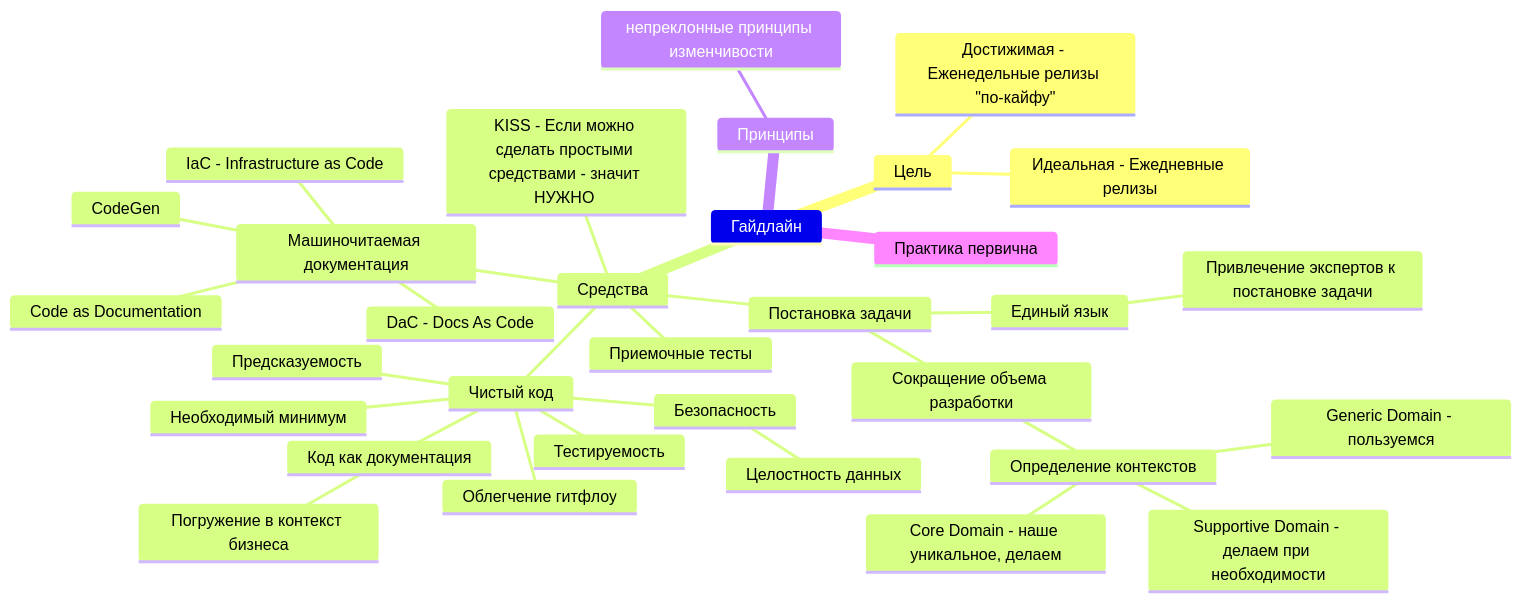
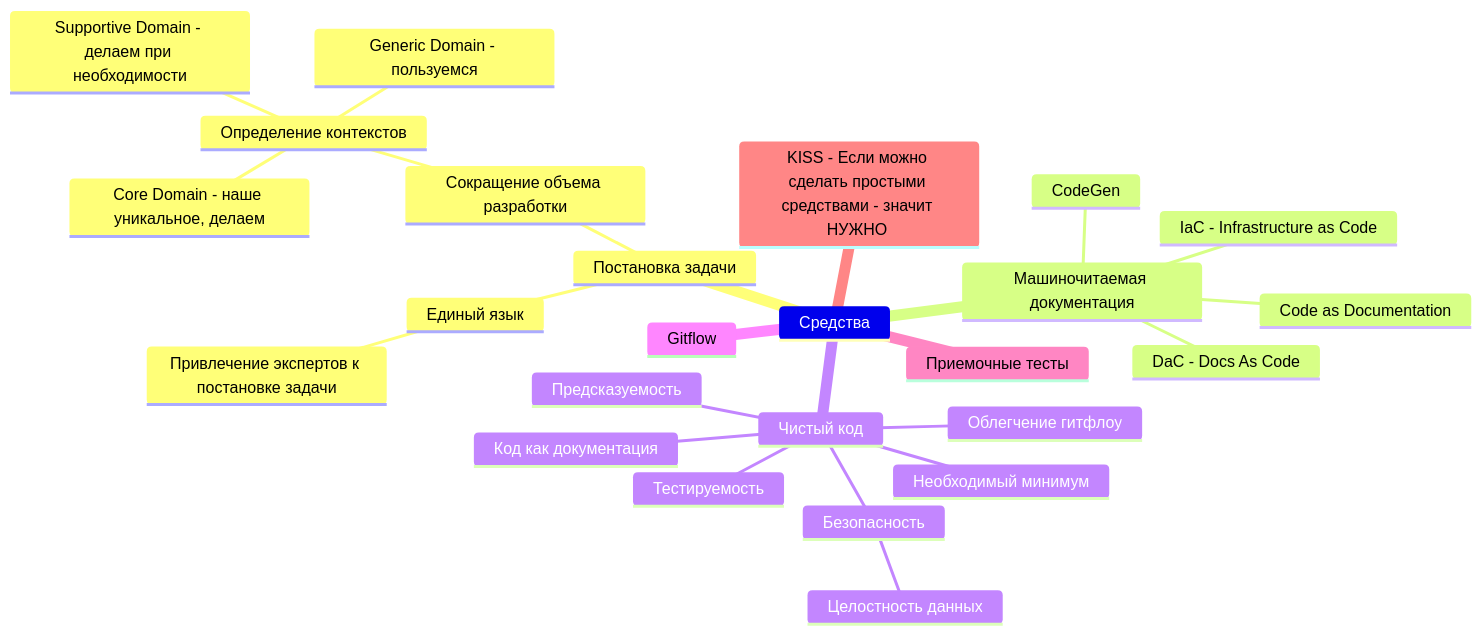
Before and after one commit to lisichkinuriy/guideline: the second of 3 diagrams in 01.mindmap.md, drawn with Mermaid. The commit also changed other lines of this file and 28 other files, not shown here.

````diff
--- a/01.mindmap.md
+++ b/01.mindmap.md
@@ -1,42 +13,34 @@
 ```mermaid
 mindmap
-    Гайдлайн
-        Цель
-            Идеальная - Ежедневные релизы
-            Достижимая - Еженедельные релизы "по-кайфу"
-        Средства
-            Постановка задачи
-                Единый язык
-                    Привлечение экспертов к постановке задачи
-                Сокращение объема разработки
-                    Определение контекстов
-                        Core Domain - наше уникальное, делаем
-                        Supportive Domain - делаем при необходимости
-                        Generic Domain - пользуемся
+Средства
+    Постановка задачи
+        Единый язык
+            Привлечение экспертов к постановке задачи
+        Сокращение объема разработки
+            Определение контекстов
+                Core Domain - наше уникальное, делаем
+                Supportive Domain - делаем при необходимости
+                Generic Domain - пользуемся
+    
+    Машиночитаемая документация
+        DaC - Docs As Code
+        CodeGen
+        Code as Documentation
+        IaC - Infrastructure as Code
             
-            Машиночитаемая документация
-                DaC - Docs As Code
-                CodeGen
-                Code as Documentation
-                IaC - Infrastructure as Code
-                    
-            Чистый код
-                Тестируемость
-                Предсказуемость
-                Код как документация
-                    Погружение в контекст бизнеса
-                Необходимый минимум
-                
-                Безопасность
-                    Целостность данных
-                Облегчение гитфлоу
-                    
-            Приемочные тесты
-            KISS - Если можно сделать простыми средствами - значит НУЖНО 
+    Чистый код
+        Тестируемость
+        Предсказуемость
+        Код как документация
+        Необходимый минимум
+        Безопасность
+            Целостность данных
+        Облегчение гитфлоу
+    
+    Gitflow
+    
+    Приемочные тесты
+    KISS - Если можно сделать простыми средствами - значит НУЖНО 
 
-        Принципы
-            непреклонные принципы изменчивости
-            
 
-        Практика первична
 ```
````
